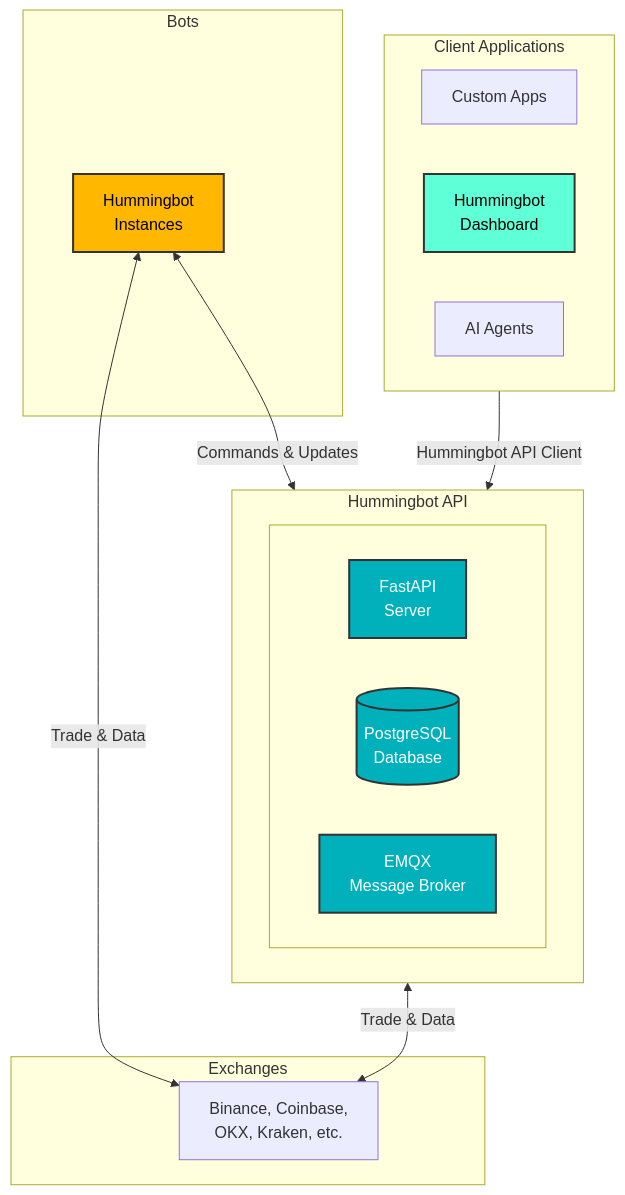
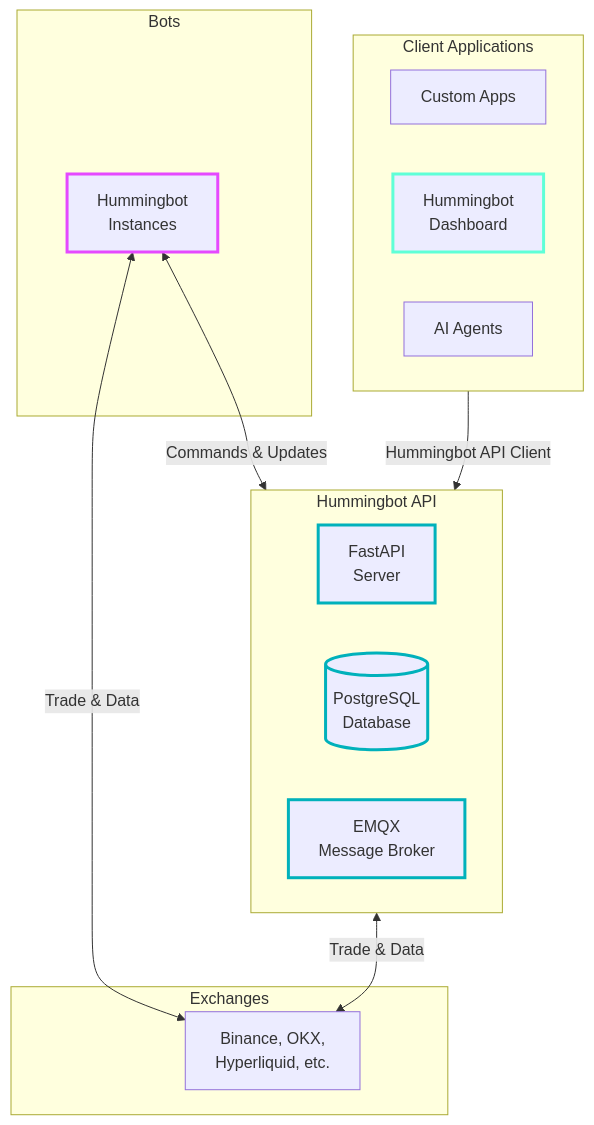
The diagram in docs/hummingbot-api/index.md (hummingbot/hummingbot-site), drawn with Mermaid before and after one commit. The commit also changed other lines of this file and 4 other files, not shown here.

````diff
--- a/docs/hummingbot-api/index.md
+++ b/docs/hummingbot-api/index.md
@@ -32,46 +23,43 @@
 ```mermaid
 graph TB
     subgraph "Client Applications"
         direction LR
         CUSTOM[Custom Apps]
         DASH[Hummingbot<br/>Dashboard]
         AI[AI Agents]
     end
     
     subgraph "Hummingbot API"
         direction LR
-        subgraph " "
-            direction LR
-            API["FastAPI<br/>Server<br/>"]
-            PG[(PostgreSQL<br/>Database)]
-            MQTT[EMQX<br/>Message Broker]
-        end
+        API["FastAPI<br/>Server<br/>"]
+        PG[(PostgreSQL<br/>Database)]
+        MQTT[EMQX<br/>Message Broker]
     end
     
     subgraph "Bots"
         BOTS[Hummingbot<br/>Instances]
     end
     
     subgraph "Exchanges"
-        EX[Binance, Coinbase,<br/>OKX, Kraken, etc.]
+        EX[Binance, OKX,<br/>Hyperliquid, etc.]
     end
     
     %% Client connections using API Client
     DASH -->|Hummingbot API Client| API
         
     %% Bot connections
     BOTS <-->|Commands & Updates| MQTT
     
     %% Exchange connections
     BOTS <-->|Trade & Data| EX
-    MQTT <-->|Trade & Data| EX
+    API <-->|Trade & Data| EX
     
     %% Apply theme colors
-    classDef clientStyle fill:#5FFFD7,stroke:#333,stroke-width:2px,color:#000
-    classDef apiStyle fill:#00B1BB,stroke:#333,stroke-width:2px,color:#fff
-    classDef botsStyle fill:#FFB700,stroke:#333,stroke-width:2px,color:#000
+    classDef clientStyle stroke:#5FFFD7,stroke-width:3px
+    classDef apiStyle stroke:#00B1BB,stroke-width:3px
+    classDef botsStyle stroke:#E549FF,stroke-width:3px
     
     class DASH clientStyle
     class API,PG,MQTT apiStyle
     class BOTS botsStyle
 ```
````
